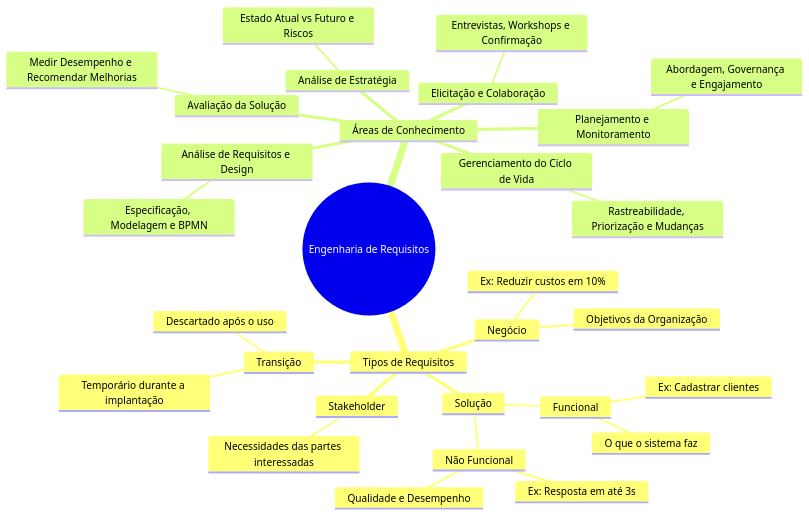
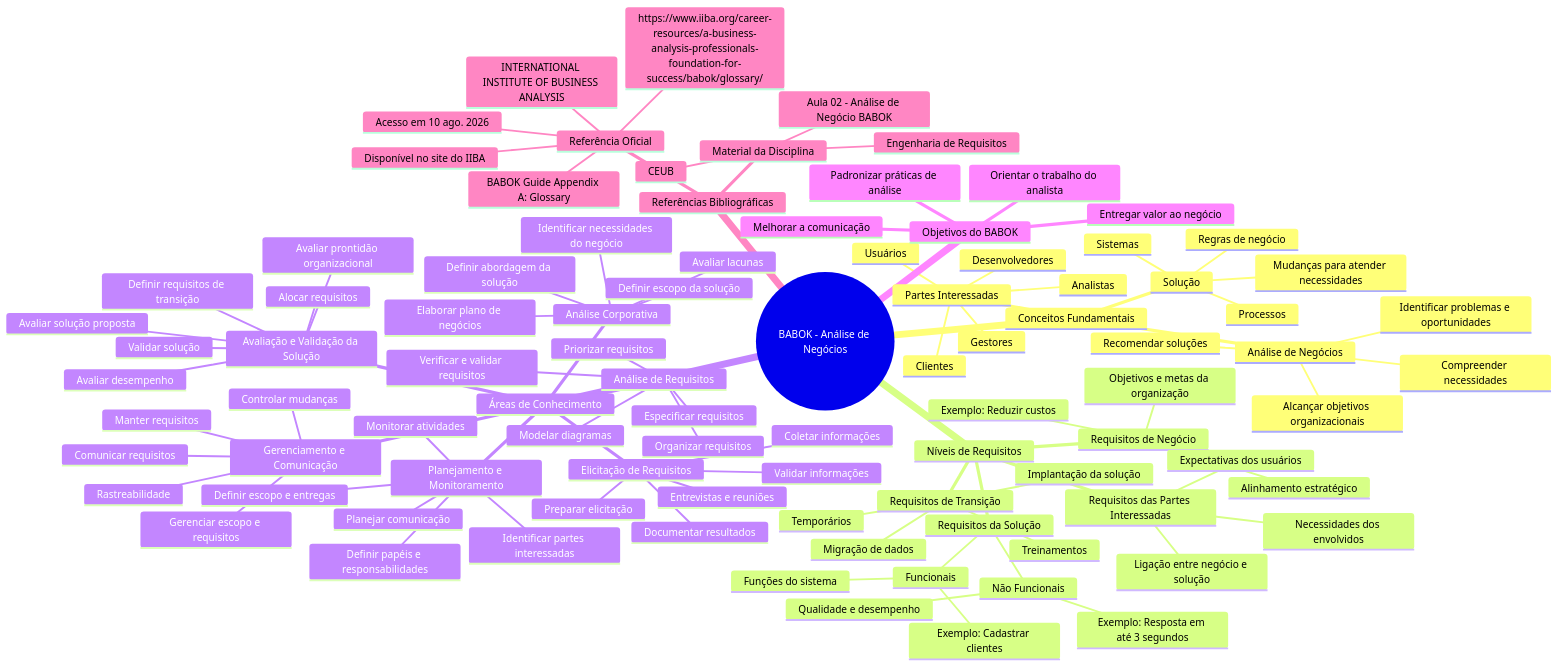
Before and after one commit to anabeatrizAC/Engenharia-de-Requisitos-1: the diagram in Unidade 2/MapaMentalBabok.md, drawn with Mermaid.

Commit message:
Revise mind map to include BABOK concepts and details

````diff
--- a/Unidade 2/MapaMentalBabok.md
+++ b/Unidade 2/MapaMentalBabok.md
@@ -2,33 +2,100 @@
 ```mermaid
 mindmap
-  root((Engenharia de Requisitos))
-    Tipos de Requisitos
-      Negócio
-        Objetivos da Organização
-        Ex: Reduzir custos em 10%
-      Stakeholder
-        Necessidades das partes interessadas
+  root((BABOK - Análise de Negócios))
+    Conceitos Fundamentais
+      Análise de Negócios
+        Identificar problemas e oportunidades
+        Compreender necessidades
+        Recomendar soluções
+        Alcançar objetivos organizacionais
+      Partes Interessadas
+        Clientes
+        Usuários
+        Analistas
+        Desenvolvedores
+        Gestores
       Solução
-        Funcional
-          O que o sistema faz
-          Ex: Cadastrar clientes
-        Não Funcional
-          Qualidade e Desempenho
-          Ex: Resposta em até 3s
-      Transição
-        Temporário durante a implantação
-        Descartado após o uso
+        Mudanças para atender necessidades
+        Processos
+        Sistemas
+        Regras de negócio
+
+    Níveis de Requisitos
+      Requisitos de Negócio
+        Objetivos e metas da organização
+        Alinhamento estratégico
+        Exemplo: Reduzir custos
+      Requisitos das Partes Interessadas
+        Necessidades dos envolvidos
+        Expectativas dos usuários
+        Ligação entre negócio e solução
+      Requisitos da Solução
+        Funcionais
+          Funções do sistema
+          Exemplo: Cadastrar clientes
+        Não Funcionais
+          Qualidade e desempenho
+          Exemplo: Resposta em até 3 segundos
+      Requisitos de Transição
+        Temporários
+        Implantação da solução
+        Treinamentos
+        Migração de dados
+
     Áreas de Conhecimento
       Planejamento e Monitoramento
-        Abordagem, Governança e Engajamento
-      Elicitação e Colaboração
-        Entrevistas, Workshops e Confirmação
-      Gerenciamento do Ciclo de Vida
-        Rastreabilidade, Priorização e Mudanças
-      Análise de Estratégia
-        Estado Atual vs Futuro e Riscos
-      Análise de Requisitos e Design
-        Especificação, Modelagem e BPMN
-      Avaliação da Solução
-        Medir Desempenho e Recomendar Melhorias
+        Identificar partes interessadas
+        Definir papéis e responsabilidades
+        Planejar comunicação
+        Definir escopo e entregas
+        Monitorar atividades
+      Elicitação de Requisitos
+        Preparar elicitação
+        Entrevistas e reuniões
+        Coletar informações
+        Documentar resultados
+        Validar informações
+      Gerenciamento e Comunicação
+        Gerenciar escopo e requisitos
+        Rastreabilidade
+        Controlar mudanças
+        Manter requisitos
+        Comunicar requisitos
+      Análise Corporativa
+        Identificar necessidades do negócio
+        Avaliar lacunas
+        Definir abordagem da solução
+        Definir escopo da solução
+        Elaborar plano de negócios
+      Análise de Requisitos
+        Priorizar requisitos
+        Organizar requisitos
+        Especificar requisitos
+        Modelar diagramas
+        Verificar e validar requisitos
+      Avaliação e Validação da Solução
+        Avaliar solução proposta
+        Alocar requisitos
+        Avaliar prontidão organizacional
+        Definir requisitos de transição
+        Validar solução
+        Avaliar desempenho
+
+    Objetivos do BABOK
+      Padronizar práticas de análise
+      Orientar o trabalho do analista
+      Melhorar a comunicação
+      Entregar valor ao negócio
+
+    Referências Bibliográficas
+      Material da Disciplina
+        Engenharia de Requisitos
+        Aula 02 - Análise de Negócio BABOK
+        CEUB
+      Referência Oficial
+        INTERNATIONAL INSTITUTE OF BUSINESS ANALYSIS
+        BABOK Guide Appendix A: Glossary
+        Disponível no site do IIBA
+        https://www.iiba.org/career-resources/a-business-analysis-professionals-foundation-for-success/babok/glossary/
+        Acesso em 10 ago. 2026
 ```
````
